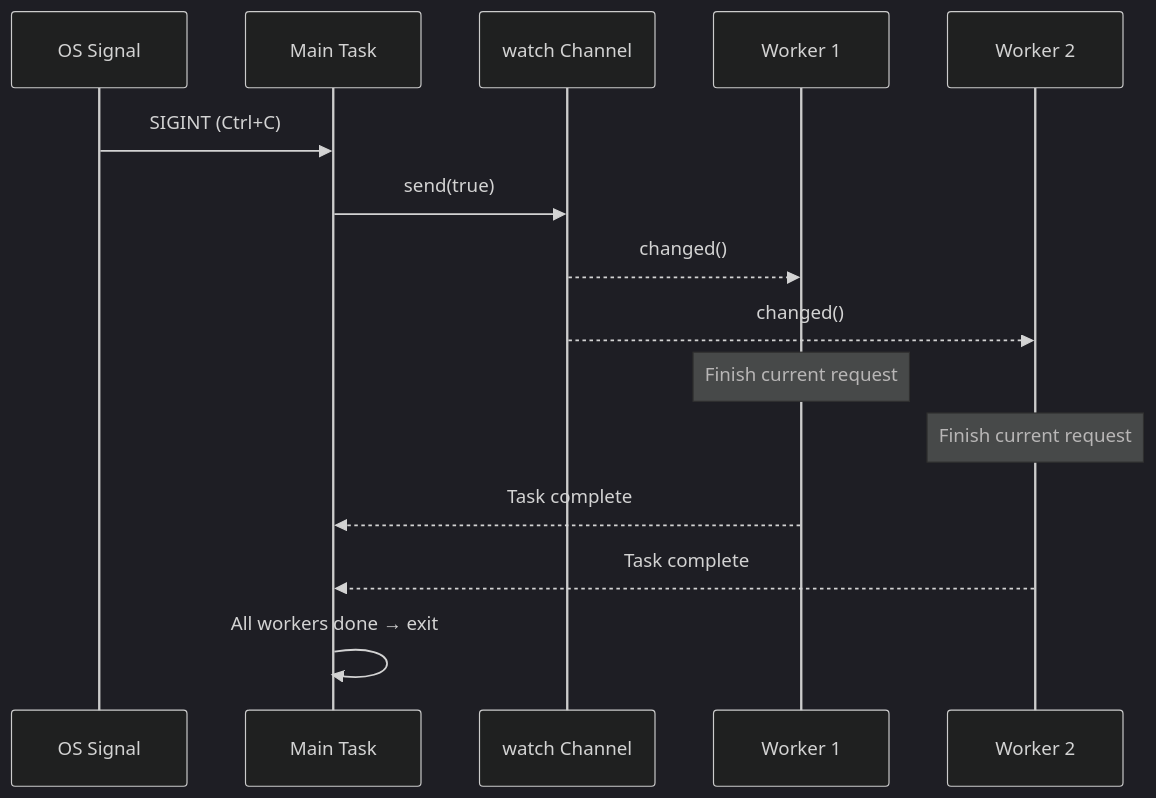
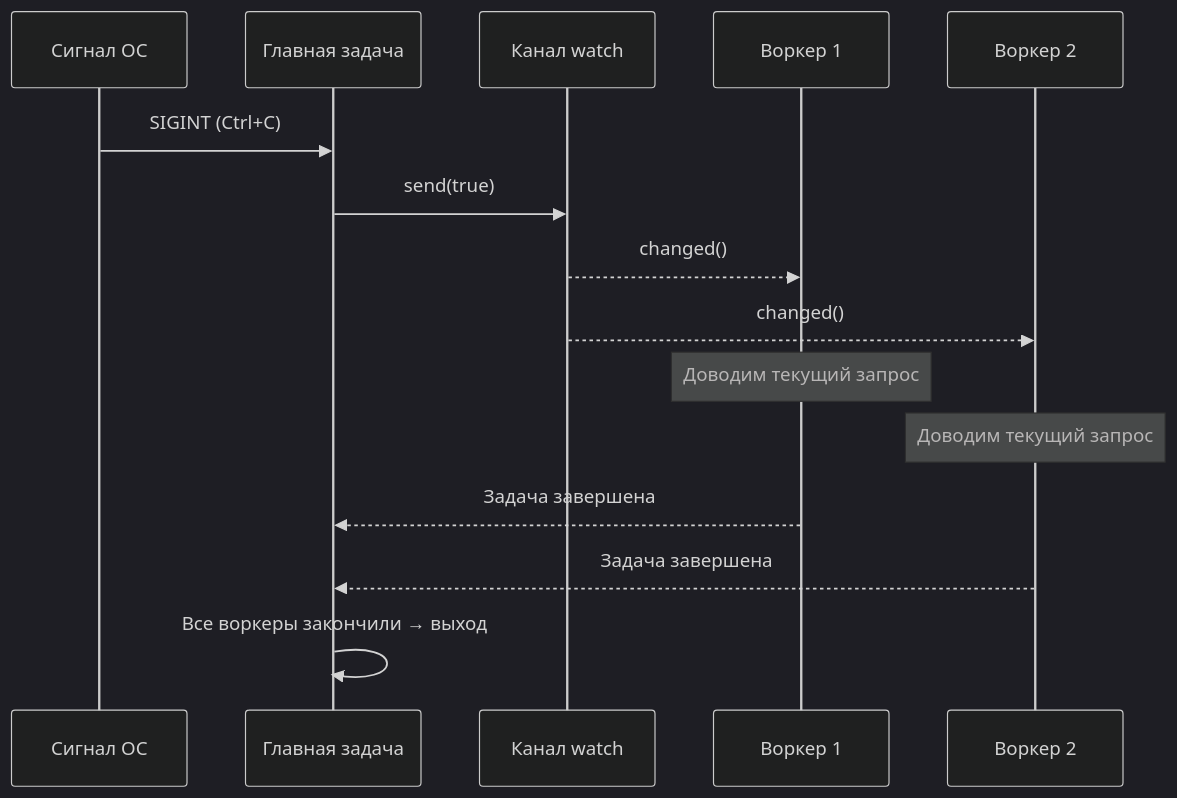
The diagram in async-book/src/ch13-production-patterns.md (r007/RustTraining-Rus), drawn with Mermaid (dark theme) before and after one commit. The commit also changed other lines of this file and 3 other files, not shown here.

````diff
--- a/async-book/src/ch13-production-patterns.md
+++ b/async-book/src/ch13-production-patterns.md
@@ -85,20 +85,20 @@
 ```mermaid
 sequenceDiagram
-    participant OS as OS Signal
-    participant Main as Main Task
-    participant WCH as watch Channel
-    participant W1 as Worker 1
-    participant W2 as Worker 2
+    participant OS as Сигнал ОС
+    participant Main as Главная задача
+    participant WCH as Канал watch
+    participant W1 as Воркер 1
+    participant W2 as Воркер 2
 
     OS->>Main: SIGINT (Ctrl+C)
     Main->>WCH: send(true)
     WCH-->>W1: changed()
     WCH-->>W2: changed()
 
-    Note over W1: Finish current request
-    Note over W2: Finish current request
+    Note over W1: Доводим текущий запрос
+    Note over W2: Доводим текущий запрос
 
-    W1-->>Main: Task complete
-    W2-->>Main: Task complete
-    Main->>Main: All workers done → exit
+    W1-->>Main: Задача завершена
+    W2-->>Main: Задача завершена
+    Main->>Main: Все воркеры закончили → выход
 ```
````
